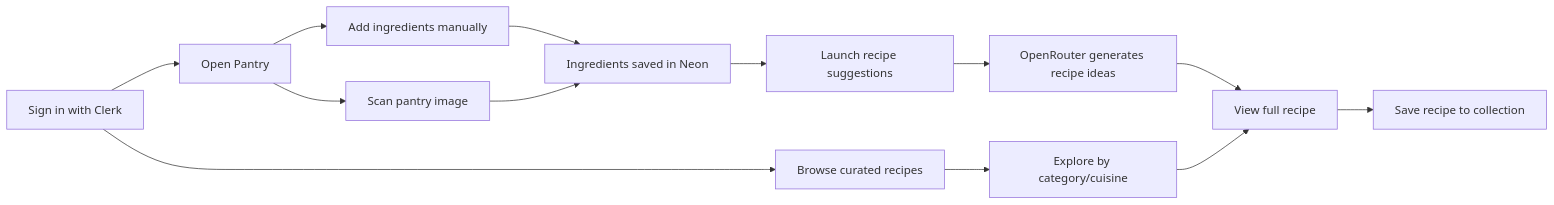
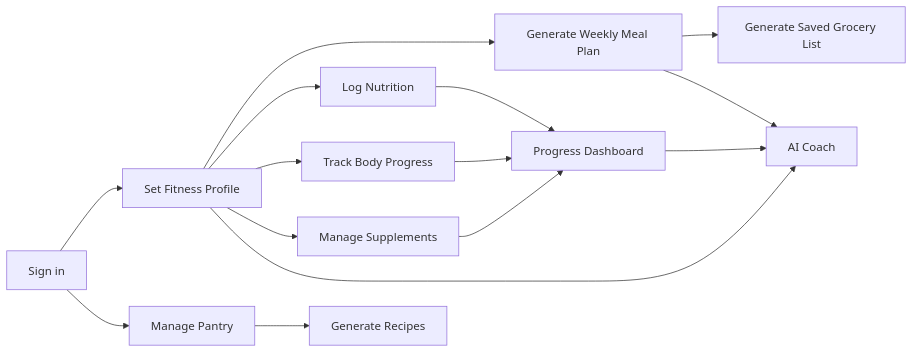
Before and after one commit to deepakgudi-pixel/prepai: the second of 2 diagrams in README.md, drawn with Mermaid. The commit also changed other lines of this file and 59 other files, not shown here.

````diff
--- a/README.md
+++ b/README.md
@@ -36,15 +75,17 @@
 ```mermaid
 graph LR
-    A["Sign in with Clerk"] --> B["Open Pantry"]
-    B --> C["Add ingredients manually"]
-    B --> D["Scan pantry image"]
-    C --> E["Ingredients saved in Neon"]
-    D --> E
-    E --> F["Launch recipe suggestions"]
-    F --> G["OpenRouter generates recipe ideas"]
-    G --> H["View full recipe"]
-    H --> I["Save recipe to collection"]
-    A --> J["Browse curated recipes"]
-    J --> K["Explore by category/cuisine"]
-    K --> H
+    A["Sign in"] --> B["Set Fitness Profile"]
+    A --> C["Manage Pantry"]
+    C --> D["Generate Recipes"]
+    B --> E["Generate Weekly Meal Plan"]
+    E --> F["Generate Saved Grocery List"]
+    B --> G["Log Nutrition"]
+    B --> H["Track Body Progress"]
+    B --> I["Manage Supplements"]
+    G --> J["Progress Dashboard"]
+    H --> J
+    I --> J
+    B --> K["AI Coach"]
+    E --> K
+    J --> K
 ```
````
